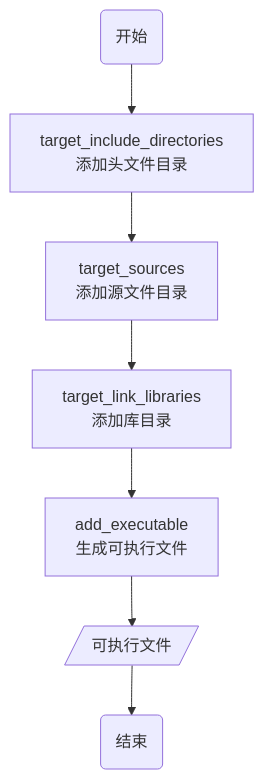
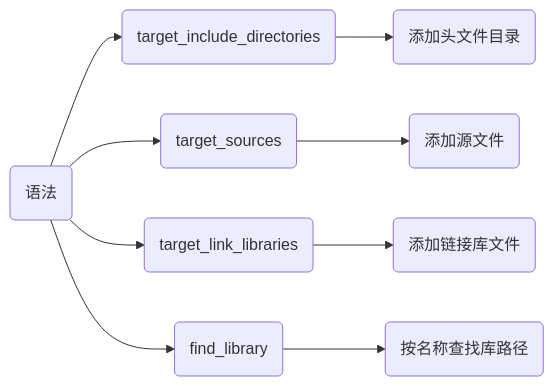
One commit to dmjcb/dmjcb.github.io changed the eighth of 9 diagrams in _posts/software/build_tool/cmake/2024-10-22-使用.md. Above: the diagram before and after it, drawn with Mermaid. The commit also changed other lines of this file and 24 other files, not shown here.

````diff
--- a/_posts/software/build_tool/cmake/2024-10-22-使用.md
+++ b/_posts/software/build_tool/cmake/2024-10-22-使用.md
@@ -386,11 +381,8 @@
 ```mermaid
-graph TB
-    X(开始)
-    A[target_include_directories<br>添加头文件目录]
-    B[target_sources<br>添加源文件目录]
-    C[target_link_libraries<br>添加库目录]
-    D[add_executable<br>生成可执行文件]
-    E[/可执行文件/]
-    Z(结束)
-    X-->A-->B-->C-->D-->E-->Z
+graph LR
+    X(语法)
+    X-->A(target_include_directories)-->A1(添加头文件目录)
+    X-->B(target_sources)-->B1(添加源文件)
+    X-->C(target_link_libraries)-->C1(添加链接库文件)
+    X-->D(find_library)-->D1(按名称查找库路径)
 ```
````
